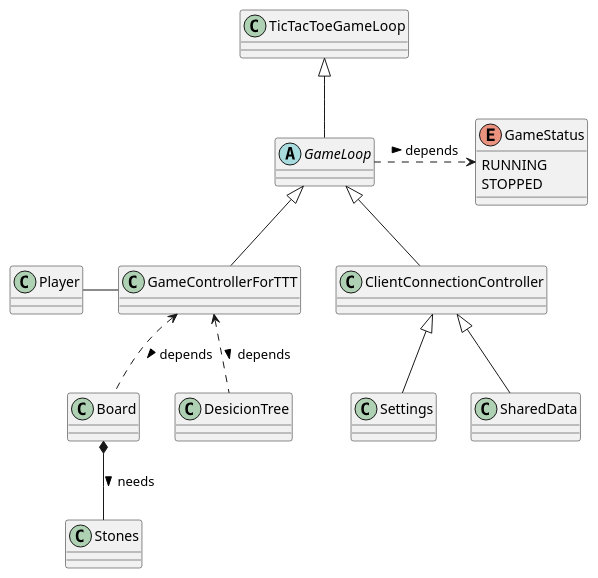
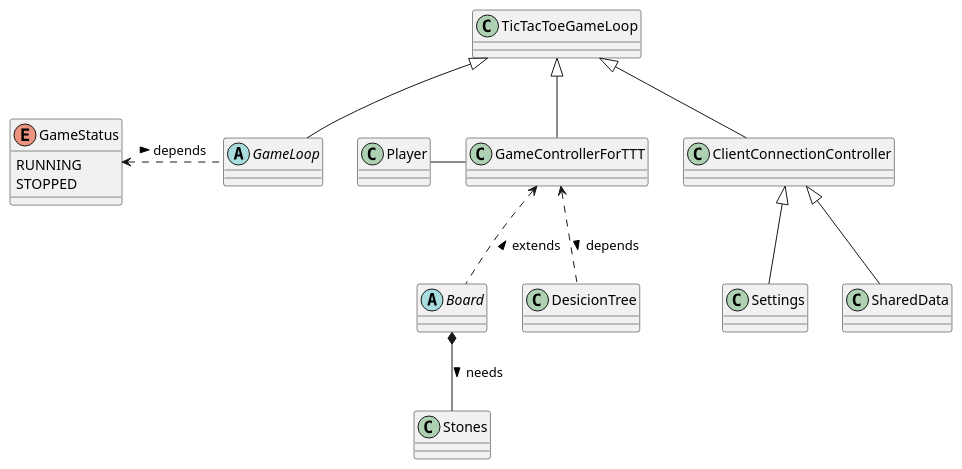
Before and after one commit to nicolaydammer/projectintelligentesystemen: the diagram in diagrams/TicTacToe.puml, drawn with PlantUML. The commit also changed 10 other files, not shown here.

```diff
--- a/diagrams/TicTacToe.puml
+++ b/diagrams/TicTacToe.puml
@@ -1,46 +1,46 @@
 @startuml
 'https://plantuml.com/class-diagram
 
 abstract class GameLoop
 class GameControllerForTTT
 class ClientConnectionController
 class Player
-class Board
+abstract class Board
 class Stones
 class TicTacToeGameLoop
 class DesicionTree
 class Settings
 class SharedData
 
 TicTacToeGameLoop <|-- GameLoop
-GameLoop <|--  ClientConnectionController
-GameLoop .> GameStatus : > depends
-GameLoop <|-- GameControllerForTTT
+TicTacToeGameLoop <|--  ClientConnectionController
+GameStatus <. GameLoop : > depends
+TicTacToeGameLoop <|-- GameControllerForTTT
 
 ClientConnectionController <|-- Settings
 ClientConnectionController <|-- SharedData
 
 Player - GameControllerForTTT
 GameControllerForTTT <.. DesicionTree : > depends
-GameControllerForTTT <.. Board : > depends
+GameControllerForTTT <.. Board : < extends
 Board *-- Stones : needs >
 
 
 
 
 
 
 
 
 
 
 
 abstract class GameLoop {
 }
 
 enum GameStatus {
 RUNNING
 STOPPED
 }
 
 @enduml
```
